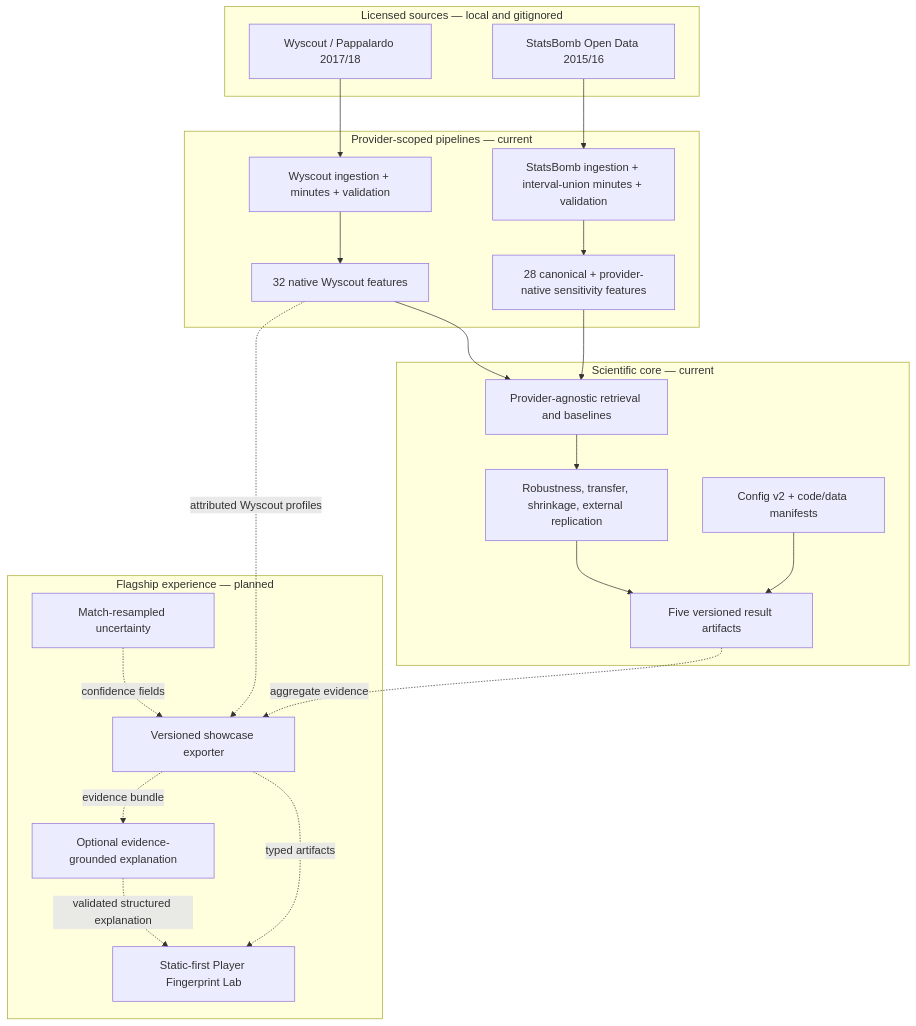
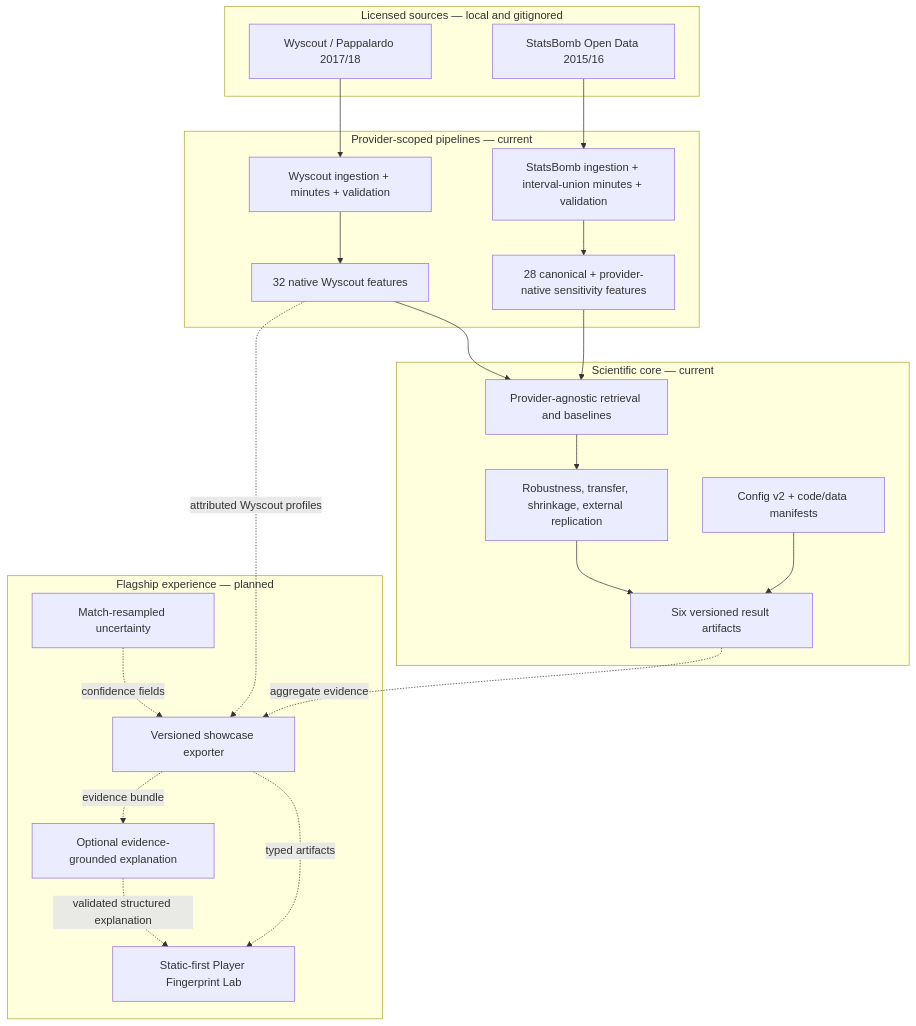
One commit to grunobuide/scoutlens changed the diagram in docs/architecture.md. Above: the diagram before and after it, drawn with Mermaid. The commit also changed other lines of this file and 12 other files, not shown here.

````diff
--- a/docs/architecture.md
+++ b/docs/architecture.md
@@ -25,39 +25,39 @@
 ```mermaid
 flowchart TB
     subgraph Sources["Licensed sources — local and gitignored"]
         W["Wyscout / Pappalardo 2017/18"]
         S["StatsBomb Open Data 2015/16"]
     end
 
     subgraph ProviderPipelines["Provider-scoped pipelines — current"]
         WD["Wyscout ingestion + minutes + validation"]
         SD["StatsBomb ingestion + interval-union minutes + validation"]
         WF["32 native Wyscout features"]
         SF["28 canonical + provider-native sensitivity features"]
     end
 
     subgraph Science["Scientific core — current"]
         EV["Provider-agnostic retrieval and baselines"]
         RB["Robustness, transfer, shrinkage, external replication"]
         MF["Config v2 + code/data manifests"]
-        RA["Five versioned result artifacts"]
+        RA["Six versioned result artifacts"]
     end
 
     subgraph Flagship["Flagship experience — planned"]
         EX["Versioned showcase exporter"]
         WEB["Static-first Player Fingerprint Lab"]
         UN["Match-resampled uncertainty"]
         LLM["Optional evidence-grounded explanation"]
     end
 
     W --> WD --> WF --> EV
     S --> SD --> SF --> EV
     EV --> RB --> RA
     MF --> RA
     RA -. aggregate evidence .-> EX
     WF -. attributed Wyscout profiles .-> EX
     UN -. confidence fields .-> EX
     EX -. typed artifacts .-> WEB
     EX -. evidence bundle .-> LLM
     LLM -. validated structured explanation .-> WEB
 ```
````
